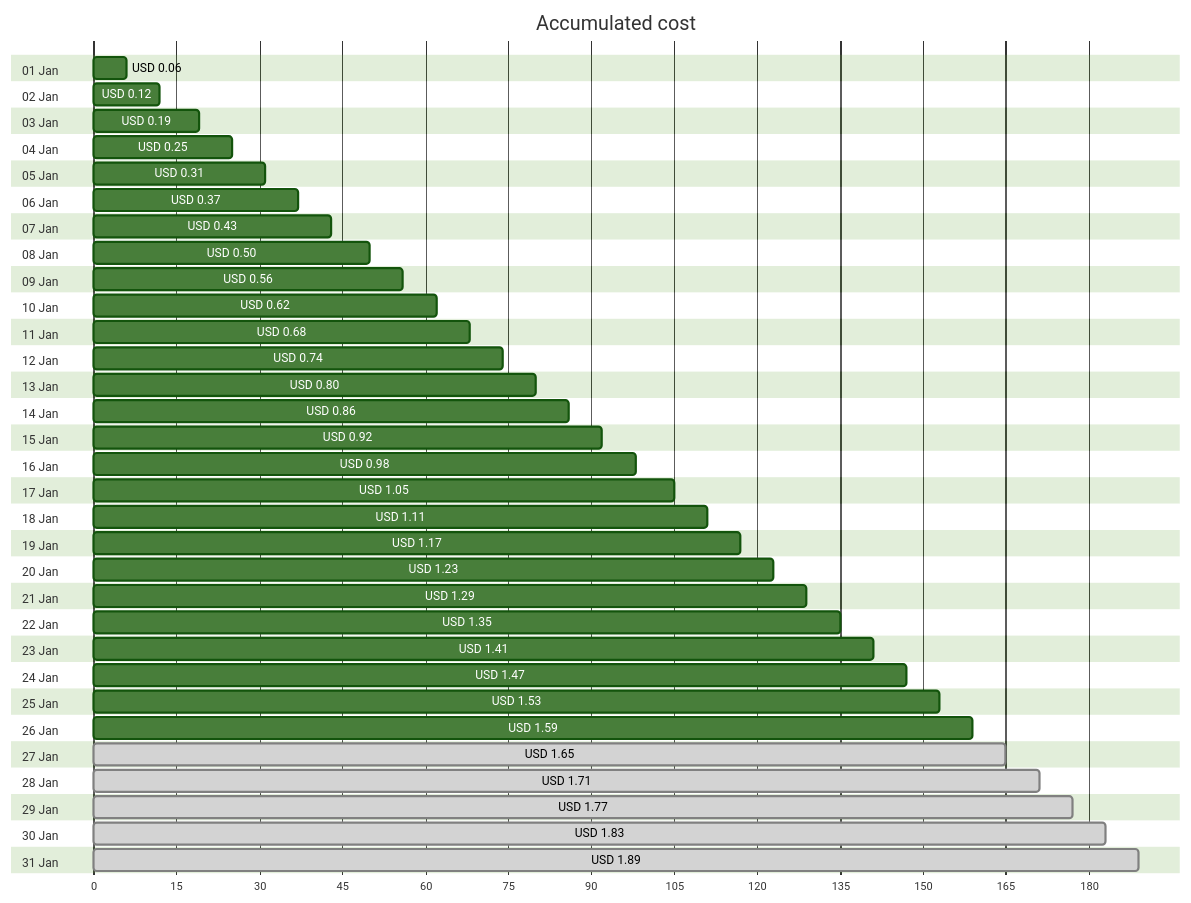
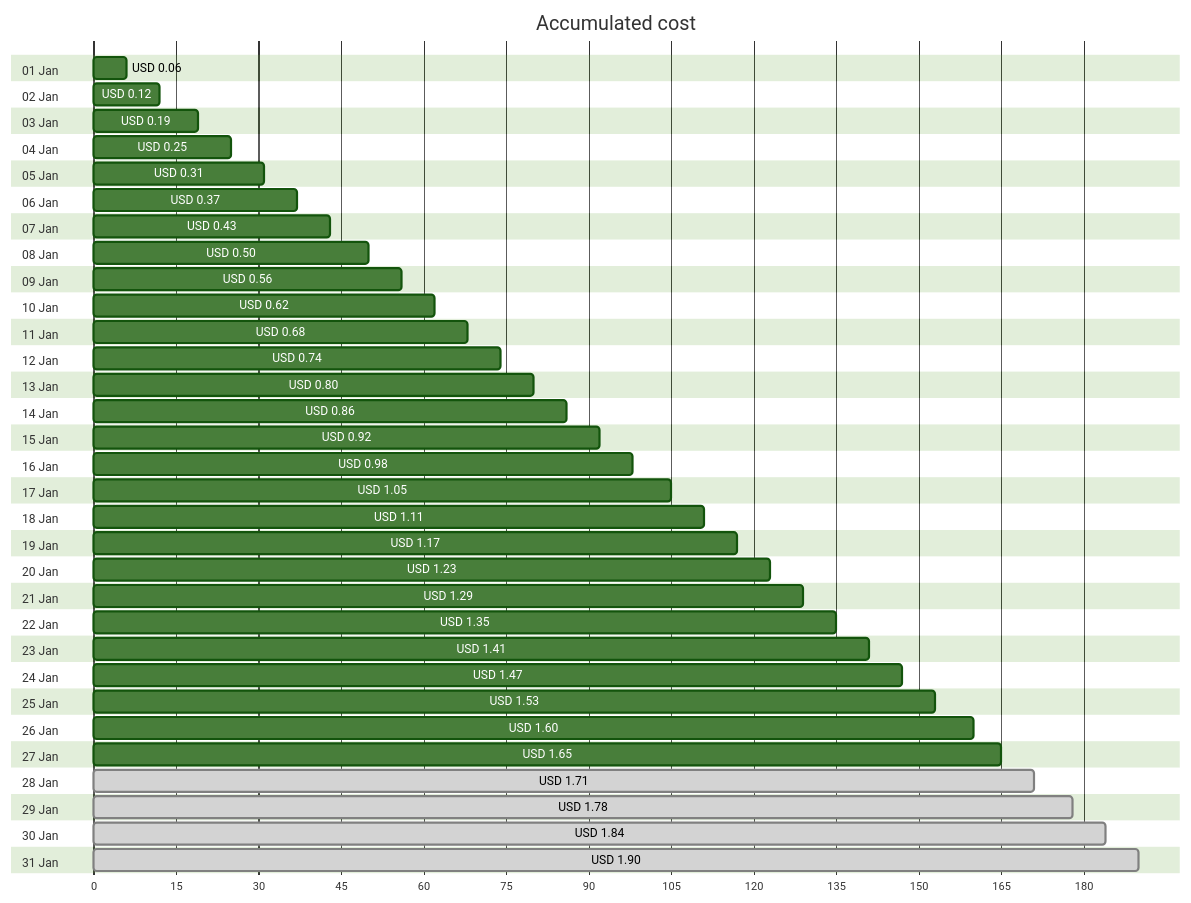
One commit to jpfulton/azure-personal-reports changed the first of 4 diagrams in cost-reports/personal-network/backup-server_OsDisk.md. Above: the diagram before and after it, drawn with Mermaid (forest theme). The commit also changed other lines of this file and 8 other files, not shown here.

````diff
--- a/cost-reports/personal-network/backup-server_OsDisk.md
+++ b/cost-reports/personal-network/backup-server_OsDisk.md
@@ -20,68 +20,68 @@
 ```mermaid
 gantt
    title Accumulated cost
    dateFormat  X
    axisFormat %s
    section 01 Jan
    USD 0.06 :0, 6
    section 02 Jan
    USD 0.12 :0, 12
    section 03 Jan
    USD 0.19 :0, 19
    section 04 Jan
    USD 0.25 :0, 25
    section 05 Jan
    USD 0.31 :0, 31
    section 06 Jan
    USD 0.37 :0, 37
    section 07 Jan
    USD 0.43 :0, 43
    section 08 Jan
    USD 0.50 :0, 50
    section 09 Jan
    USD 0.56 :0, 56
    section 10 Jan
    USD 0.62 :0, 62
    section 11 Jan
    USD 0.68 :0, 68
    section 12 Jan
    USD 0.74 :0, 74
    section 13 Jan
    USD 0.80 :0, 80
    section 14 Jan
    USD 0.86 :0, 86
    section 15 Jan
    USD 0.92 :0, 92
    section 16 Jan
    USD 0.98 :0, 98
    section 17 Jan
    USD 1.05 :0, 105
    section 18 Jan
    USD 1.11 :0, 111
    section 19 Jan
    USD 1.17 :0, 117
    section 20 Jan
    USD 1.23 :0, 123
    section 21 Jan
    USD 1.29 :0, 129
    section 22 Jan
    USD 1.35 :0, 135
    section 23 Jan
    USD 1.41 :0, 141
    section 24 Jan
    USD 1.47 :0, 147
    section 25 Jan
    USD 1.53 :0, 153
    section 26 Jan
-   USD 1.59 :0, 159
+   USD 1.60 :0, 160
    section 27 Jan
-   USD 1.65 : done, 0, 165
+   USD 1.65 :0, 165
    section 28 Jan
    USD 1.71 : done, 0, 171
    section 29 Jan
-   USD 1.77 : done, 0, 177
+   USD 1.78 : done, 0, 178
    section 30 Jan
-   USD 1.83 : done, 0, 183
+   USD 1.84 : done, 0, 184
    section 31 Jan
-   USD 1.89 : done, 0, 189
+   USD 1.90 : done, 0, 190
 ```
````
